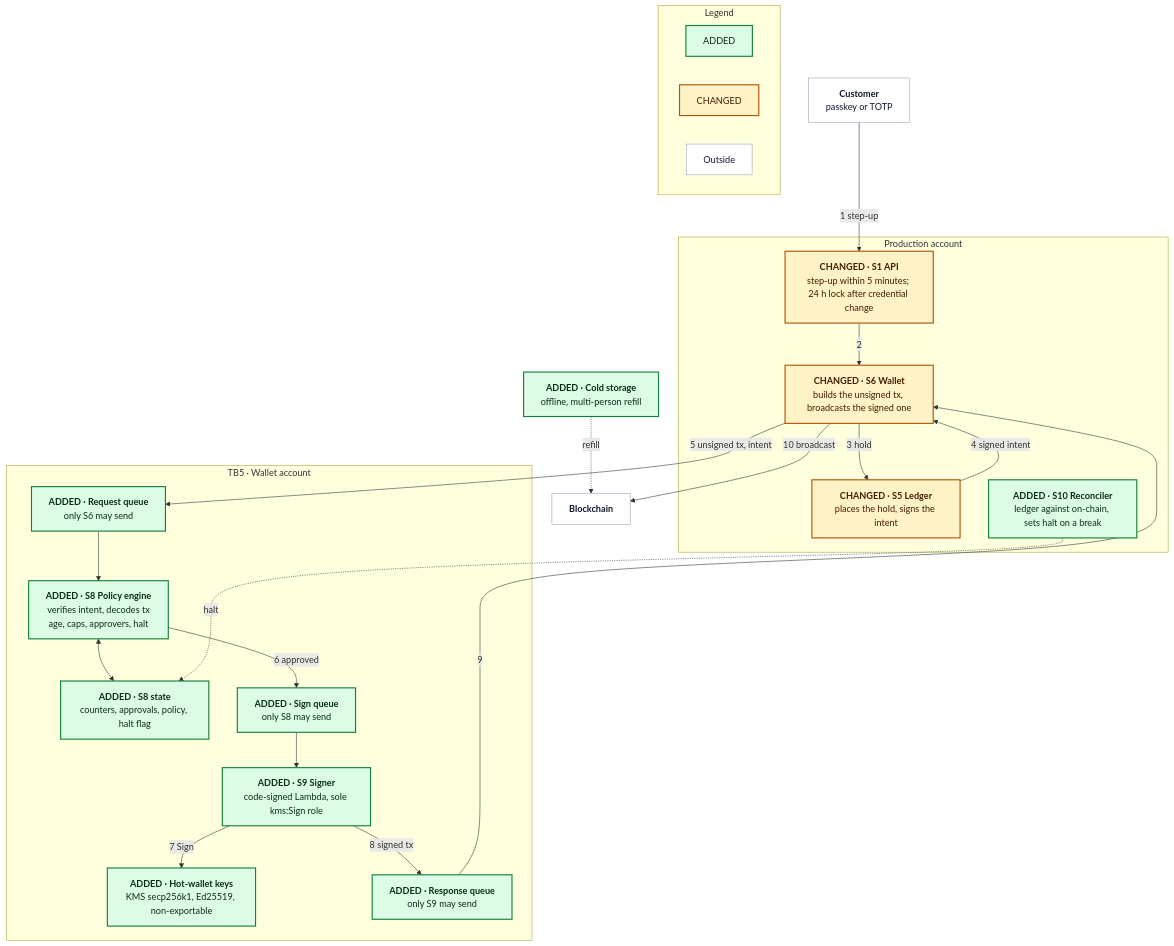
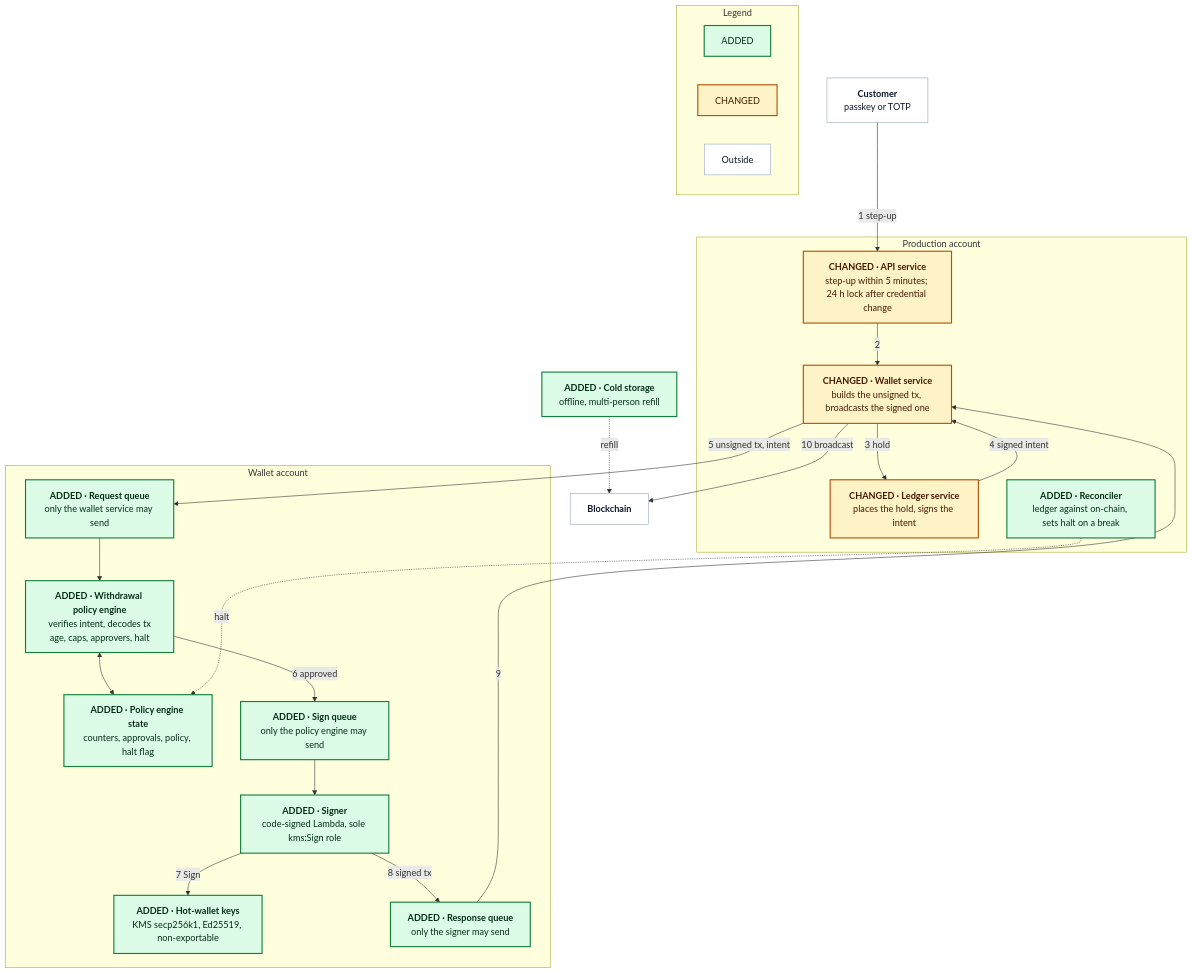
Before and after one commit to ndmquan-git/devops-challenge-ndmquan: the second of 3 diagrams in src/problem5/SOLUTION.md, drawn with Mermaid. The commit also changed other lines of this file and 4 other files, not shown here.

````diff
--- a/src/problem5/SOLUTION.md
+++ b/src/problem5/SOLUTION.md
@@ -232,65 +231,65 @@
 ```mermaid
 flowchart TB
   classDef added fill:#dcfce7,stroke:#15803d,stroke-width:2px,color:#052e16
   classDef changed fill:#fef3c7,stroke:#b45309,stroke-width:2px,color:#451a03
   classDef external fill:#ffffff,stroke:#94a3b8,color:#0f172a
 
   user["`**Customer**
 passkey or TOTP`"]:::external
 
   subgraph prod["Production account"]
-    S1["`**CHANGED · S1 API**
+    api["`**CHANGED · API service**
 step-up within 5 minutes; 24 h lock after credential change`"]:::changed
-    S6["`**CHANGED · S6 Wallet**
+    wsvc["`**CHANGED · Wallet service**
 builds the unsigned tx, broadcasts the signed one`"]:::changed
-    S5["`**CHANGED · S5 Ledger**
+    ledger["`**CHANGED · Ledger service**
 places the hold, signs the intent`"]:::changed
-    S10["`**ADDED · S10 Reconciler**
+    recon["`**ADDED · Reconciler**
 ledger against on-chain, sets halt on a break`"]:::added
   end
 
-  subgraph wallet["TB5 · Wallet account"]
-    Q1["`**ADDED · Request queue**
-only S6 may send`"]:::added
-    S8["`**ADDED · S8 Policy engine**
+  subgraph wacct["Wallet account"]
+    q1["`**ADDED · Request queue**
+only the wallet service may send`"]:::added
+    policy["`**ADDED · Withdrawal policy engine**
 verifies intent, decodes tx
 age, caps, approvers, halt`"]:::added
-    ST["`**ADDED · S8 state**
+    pstate["`**ADDED · Policy engine state**
 counters, approvals, policy, halt flag`"]:::added
-    Q2["`**ADDED · Sign queue**
-only S8 may send`"]:::added
-    S9["`**ADDED · S9 Signer**
+    q2["`**ADDED · Sign queue**
+only the policy engine may send`"]:::added
+    signer["`**ADDED · Signer**
 code-signed Lambda, sole kms:Sign role`"]:::added
-    K["`**ADDED · Hot-wallet keys**
+    keys["`**ADDED · Hot-wallet keys**
 KMS secp256k1, Ed25519, non-exportable`"]:::added
-    Q3["`**ADDED · Response queue**
-only S9 may send`"]:::added
+    q3["`**ADDED · Response queue**
+only the signer may send`"]:::added
   end
 
   chain["`**Blockchain**`"]:::external
   cold["`**ADDED · Cold storage**
 offline, multi-person refill`"]:::added
 
-  user -->|1 step-up| S1
-  S1 -->|2| S6
-  S6 -->|3 hold| S5
-  S5 -->|4 signed intent| S6
-  S6 -->|5 unsigned tx, intent| Q1
-  Q1 --> S8
-  S8 <--> ST
-  S10 -.->|halt| ST
-  S8 -->|6 approved| Q2
-  Q2 --> S9
-  S9 -->|7 Sign| K
-  S9 -->|8 signed tx| Q3
-  Q3 -->|9| S6
-  S6 -->|10 broadcast| chain
+  user -->|1 step-up| api
+  api -->|2| wsvc
+  wsvc -->|3 hold| ledger
+  ledger -->|4 signed intent| wsvc
+  wsvc -->|5 unsigned tx, intent| q1
+  q1 --> policy
+  policy <--> pstate
+  recon -.->|halt| pstate
+  policy -->|6 approved| q2
+  q2 --> signer
+  signer -->|7 Sign| keys
+  signer -->|8 signed tx| q3
+  q3 -->|9| wsvc
+  wsvc -->|10 broadcast| chain
   cold -.->|refill| chain
 
   subgraph legend["Legend"]
     direction LR
     LA["ADDED"]:::added
     LC["CHANGED"]:::changed
     LE["Outside"]:::external
   end
 ```
````
